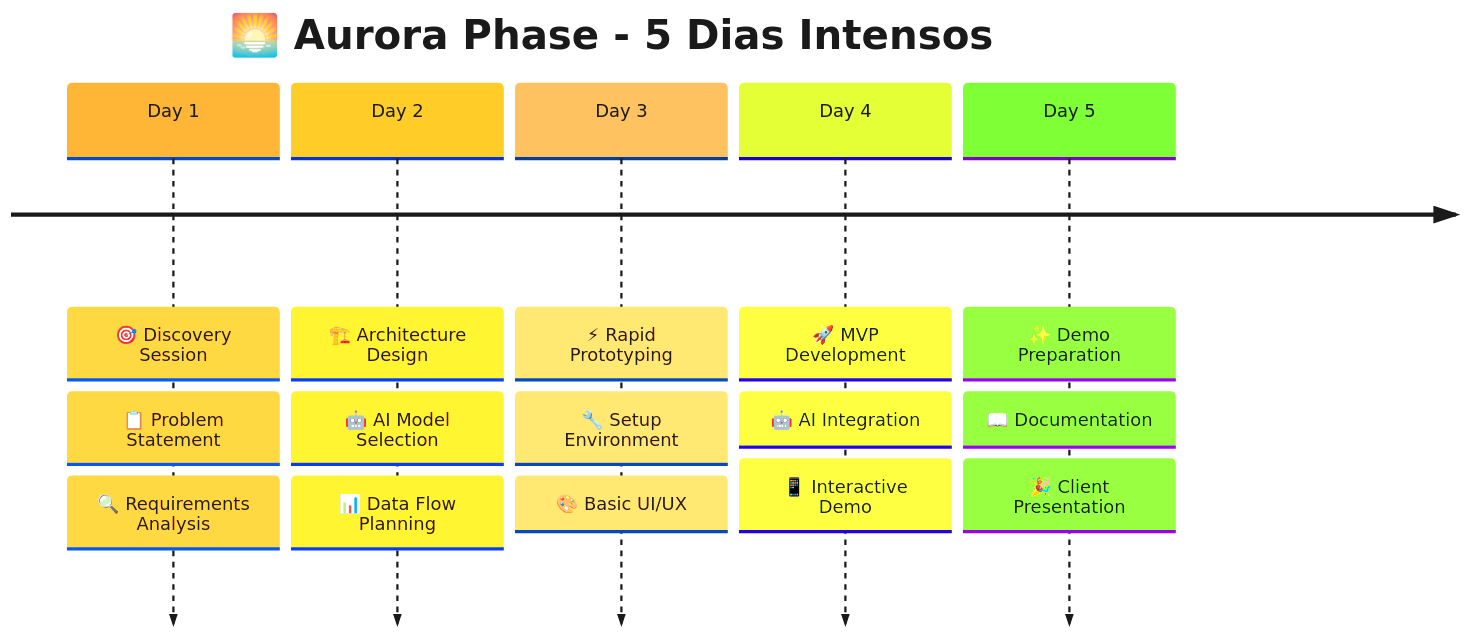
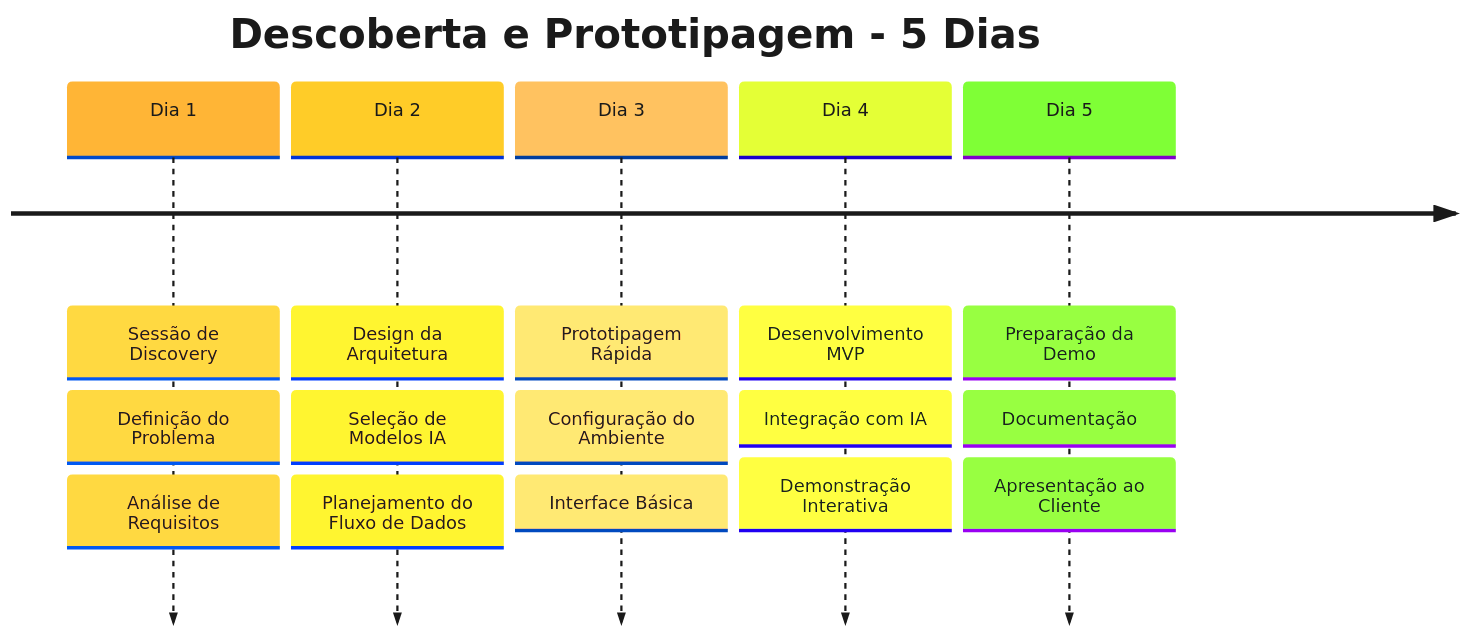
Before and after one commit to solanisdev/solar: the third of 20 diagrams in README.md, drawn with Mermaid. The commit also changed other lines of this file, not shown here.

````diff
--- a/README.md
+++ b/README.md
@@ -127,25 +123,25 @@
 ```mermaid
 %%{init: {'theme':'base', 'themeVariables': {'primaryColor':'#FFE4B5','primaryTextColor':'#1a1a1a','primaryBorderColor':'#FFD700','lineColor':'#FF6B35','secondaryColor':'#FFEAA7','tertiaryColor':'#FFF3E0'}}}%%
 timeline
-    title 🌅 Aurora Phase - 5 Dias Intensos
+    title Descoberta e Prototipagem - 5 Dias
     
-    Day 1 : 🎯 Discovery Session
-          : 📋 Problem Statement
-          : 🔍 Requirements Analysis
+    Dia 1 : Sessão de Discovery
+          : Definição do Problema
+          : Análise de Requisitos
     
-    Day 2 : 🏗️ Architecture Design
-          : 🤖 AI Model Selection
-          : 📊 Data Flow Planning
+    Dia 2 : Design da Arquitetura
+          : Seleção de Modelos IA
+          : Planejamento do Fluxo de Dados
     
-    Day 3 : ⚡ Rapid Prototyping
-          : 🔧 Setup Environment
-          : 🎨 Basic UI/UX
+    Dia 3 : Prototipagem Rápida
+          : Configuração do Ambiente
+          : Interface Básica
     
-    Day 4 : 🚀 MVP Development
-          : 🤖 AI Integration
-          : 📱 Interactive Demo
+    Dia 4 : Desenvolvimento MVP
+          : Integração com IA
+          : Demonstração Interativa
     
-    Day 5 : ✨ Demo Preparation
-          : 📖 Documentation
-          : 🎉 Client Presentation
+    Dia 5 : Preparação da Demo
+          : Documentação
+          : Apresentação ao Cliente
 ```
````
